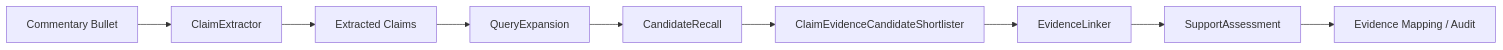
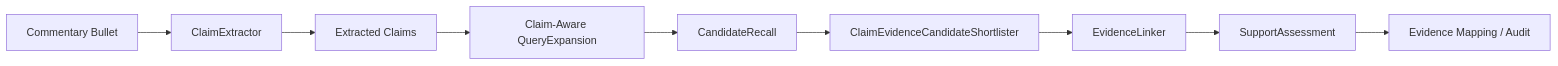
The fifth of 11 diagrams in README.md (xmercuryx007/FCA-Public), drawn with Mermaid before and after one commit. The commit also changed other lines of this file, not shown here.

````diff
--- a/README.md
+++ b/README.md
@@ -290,11 +298,11 @@
 ```mermaid
 flowchart LR
     A[Commentary Bullet] --> B[ClaimExtractor]
     B --> C[Extracted Claims]
-    C --> D[QueryExpansion]
+    C --> D[Claim-Aware QueryExpansion]
     D --> E[CandidateRecall]
     E --> F[ClaimEvidenceCandidateShortlister]
     F --> G[EvidenceLinker]
     G --> H[SupportAssessment]
     H --> I[Evidence Mapping / Audit]
 ```
````
